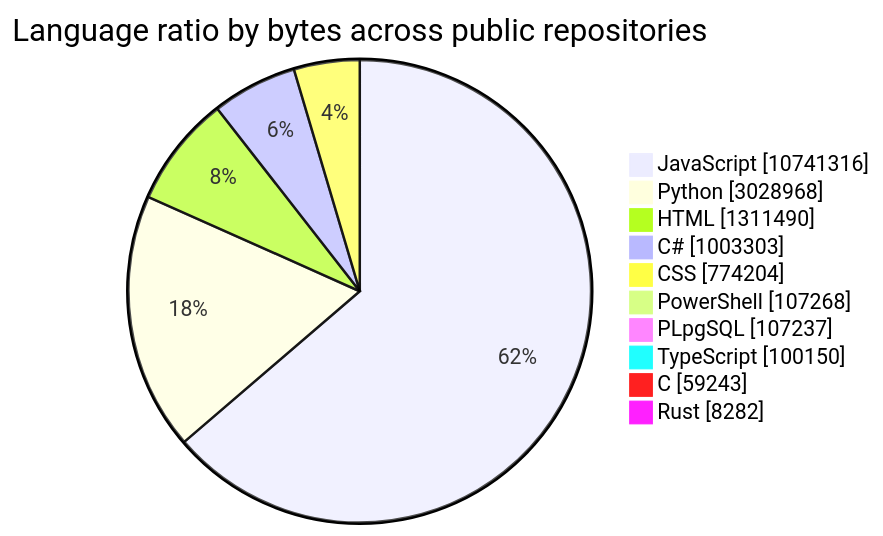
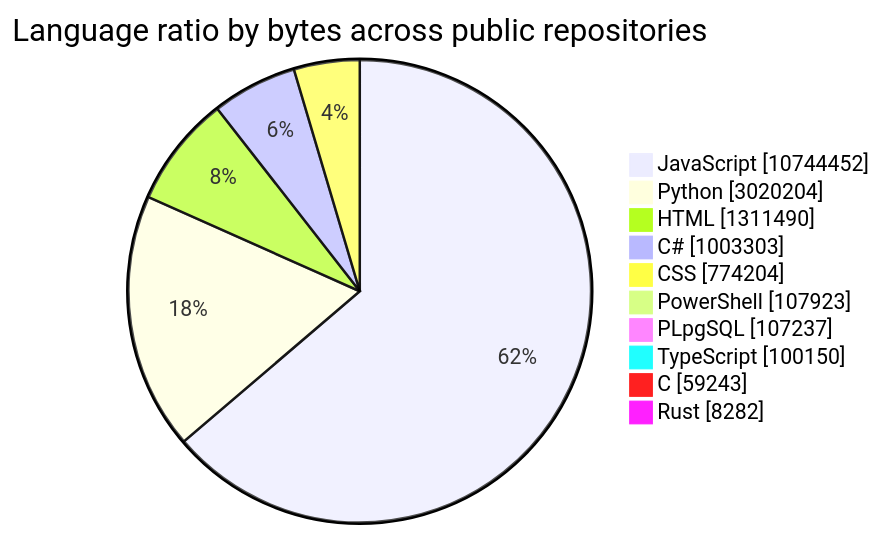
The first of 2 diagrams in README.md (tchinso/tchinso), drawn with Mermaid before and after one commit. The commit also changed other lines of this file, not shown here.

````diff
--- a/README.md
+++ b/README.md
@@ -27,14 +27,14 @@
 ```mermaid
 pie showData
     title Language ratio by bytes across public repositories
-    "JavaScript" : 10741316
-    "Python" : 3028968
+    "JavaScript" : 10744452
+    "Python" : 3020204
     "HTML" : 1311490
     "C#" : 1003303
     "CSS" : 774204
-    "PowerShell" : 107268
+    "PowerShell" : 107923
     "PLpgSQL" : 107237
     "TypeScript" : 100150
     "C" : 59243
     "Rust" : 8282
 ```
````
